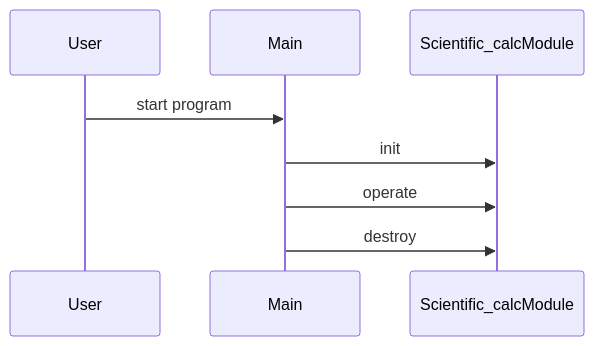
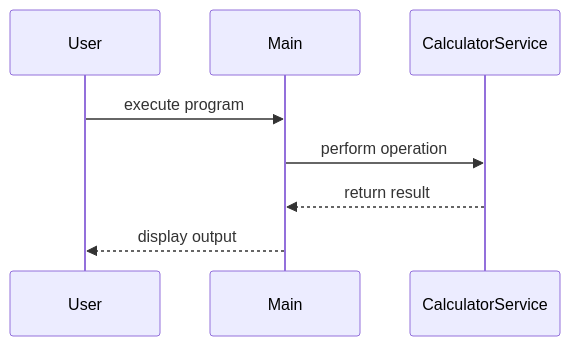
One commit to jahnaviyakkala/EvoForge changed the diagram in reports/scientific_calc/Design.md. Above: the diagram before and after it, drawn with Mermaid. The commit also changed other lines of this file and 19 other files, not shown here.

Commit message:
auto(sdlc): update scientific_calc autonomously

````diff
--- a/reports/scientific_calc/Design.md
+++ b/reports/scientific_calc/Design.md
@@ -16,11 +12,11 @@
 ```mermaid
 sequenceDiagram
     participant User
     participant Main
-    participant Scientific_calcModule
+    participant CalculatorService
 
-    User->>Main: start program
-    Main->>Scientific_calcModule: init
-    Main->>Scientific_calcModule: operate
-    Main->>Scientific_calcModule: destroy
+    User->>Main: execute program
+    Main->>CalculatorService: perform operation
+    CalculatorService-->>Main: return result
+    Main-->>User: display output
 ```
````
